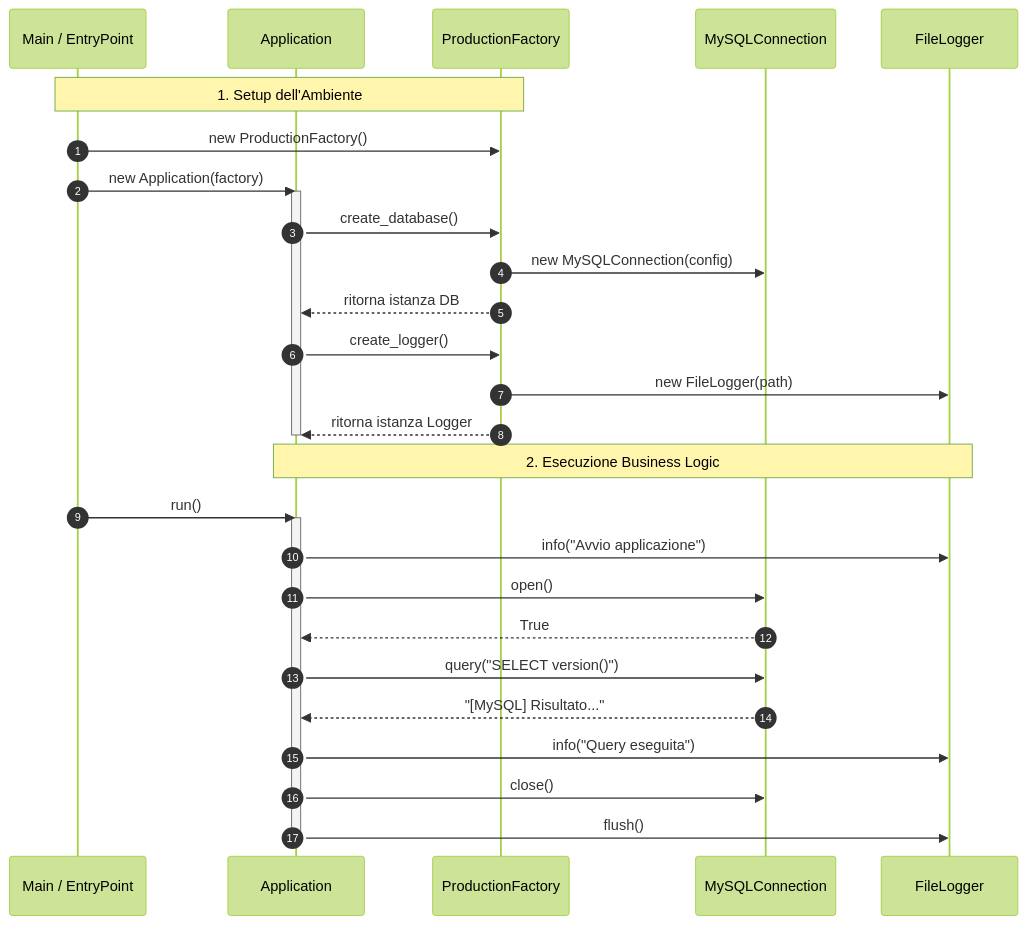
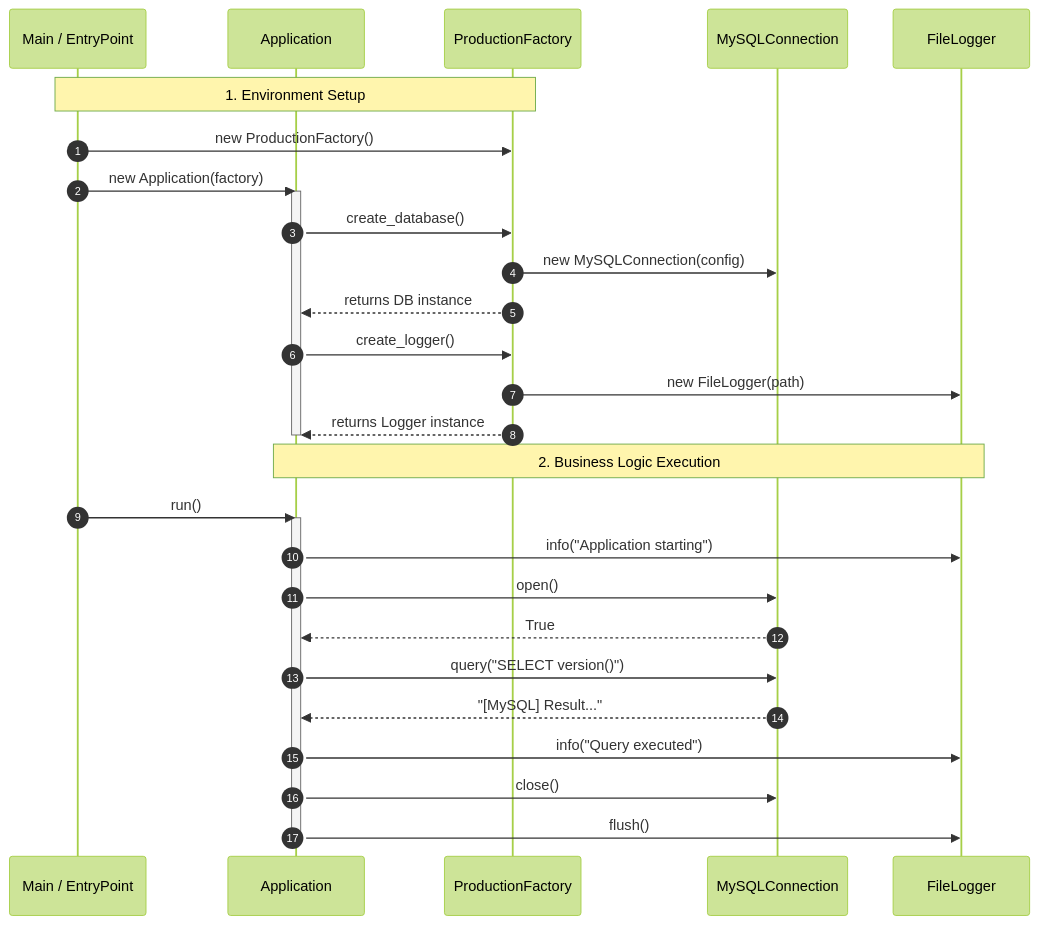
One commit to lucadileo9/design-pattern changed the third of 3 diagrams in 01_creational/abstract-factory/README.md. Above: the diagram before and after it, drawn with Mermaid (forest theme). The commit also changed other lines of this file and 43 other files, not shown here.

````diff
--- a/01_creational/abstract-factory/README.md
+++ b/01_creational/abstract-factory/README.md
@@ -193,40 +193,40 @@
 ```mermaid
 %%{init: {"layout": "elk"}}%%
 sequenceDiagram
     autonumber
     
     participant Client as Main / EntryPoint
     participant App as Application
     participant Fact as ProductionFactory
     participant DB as MySQLConnection
     participant Log as FileLogger
 
-    Note over Client, Fact: 1. Setup dell'Ambiente
+    Note over Client, Fact: 1. Environment Setup
     Client->>Fact: new ProductionFactory()
     Client->>App: new Application(factory)
     
     activate App
     App->>Fact: create_database()
     Fact->>DB: new MySQLConnection(config)
-    Fact-->>App: ritorna istanza DB
+    Fact-->>App: returns DB instance
     
     App->>Fact: create_logger()
     Fact->>Log: new FileLogger(path)
-    Fact-->>App: ritorna istanza Logger
+    Fact-->>App: returns Logger instance
     deactivate App
 
-    Note over App, Log: 2. Esecuzione Business Logic
+    Note over App, Log: 2. Business Logic Execution
     Client->>App: run()
     activate App
-    App->>Log: info("Avvio applicazione")
+    App->>Log: info("Application starting")
     App->>DB: open()
     DB-->>App: True
     App->>DB: query("SELECT version()")
-    DB-->>App: "[MySQL] Risultato..."
-    App->>Log: info("Query eseguita")
+    DB-->>App: "[MySQL] Result..."
+    App->>Log: info("Query executed")
     
     App->>DB: close()
     App->>Log: flush()
     deactivate App
     
 ```
````
